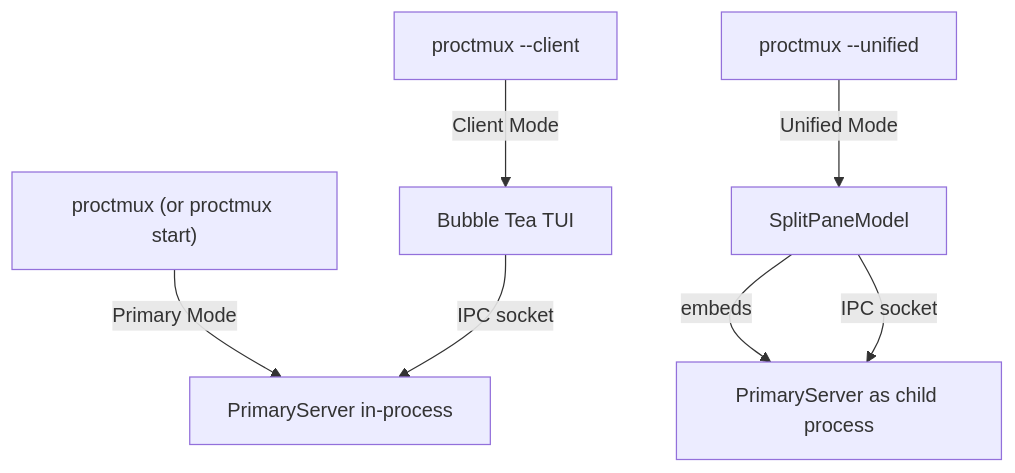
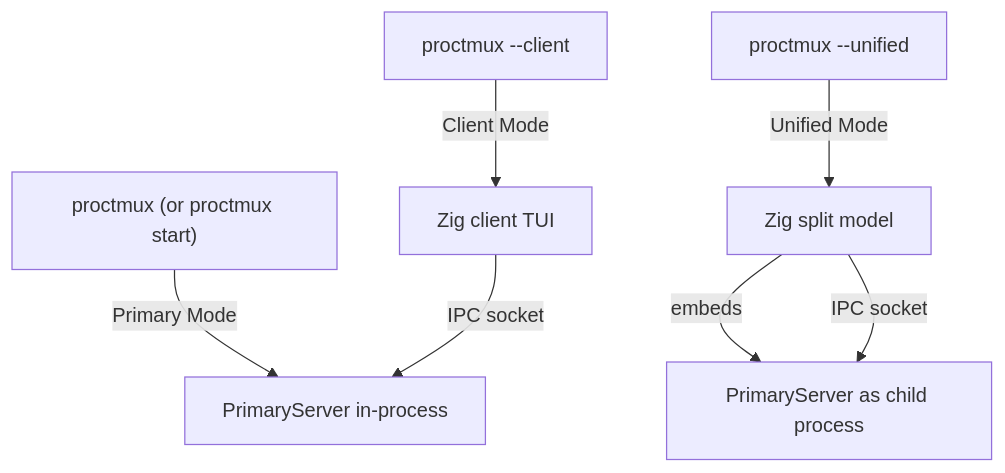
Before and after one commit to napisani/proctmux: the diagram in docs/modes.md, drawn with Mermaid. The commit also changed other lines of this file and 103 other files, not shown here.

````diff
--- a/docs/modes.md
+++ b/docs/modes.md
@@ -8,9 +12,9 @@
 ```mermaid
 graph TD
     A["proctmux (or proctmux start)"] -->|Primary Mode| P[PrimaryServer in-process]
-    B["proctmux --client"] -->|Client Mode| C[Bubble Tea TUI]
+    B["proctmux --client"] -->|Client Mode| C[Zig client TUI]
     C -->|IPC socket| P
-    D["proctmux --unified"] -->|Unified Mode| S[SplitPaneModel]
+    D["proctmux --unified"] -->|Unified Mode| S[Zig split model]
     S -->|embeds| P2[PrimaryServer as child process]
     S -->|IPC socket| P2
 ```
````
